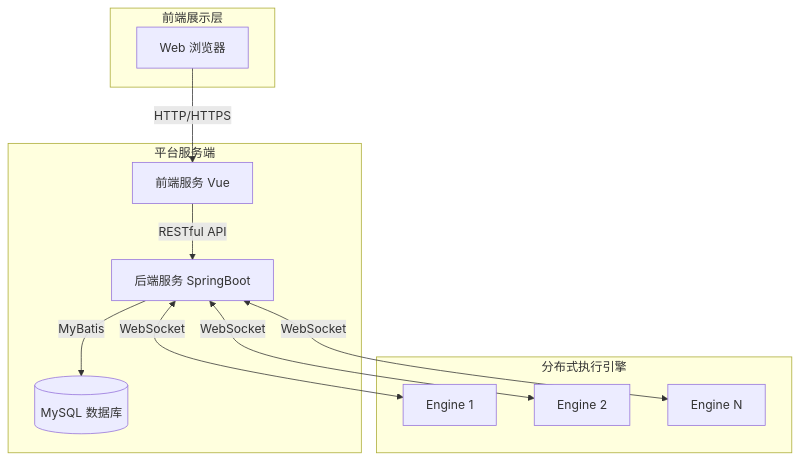
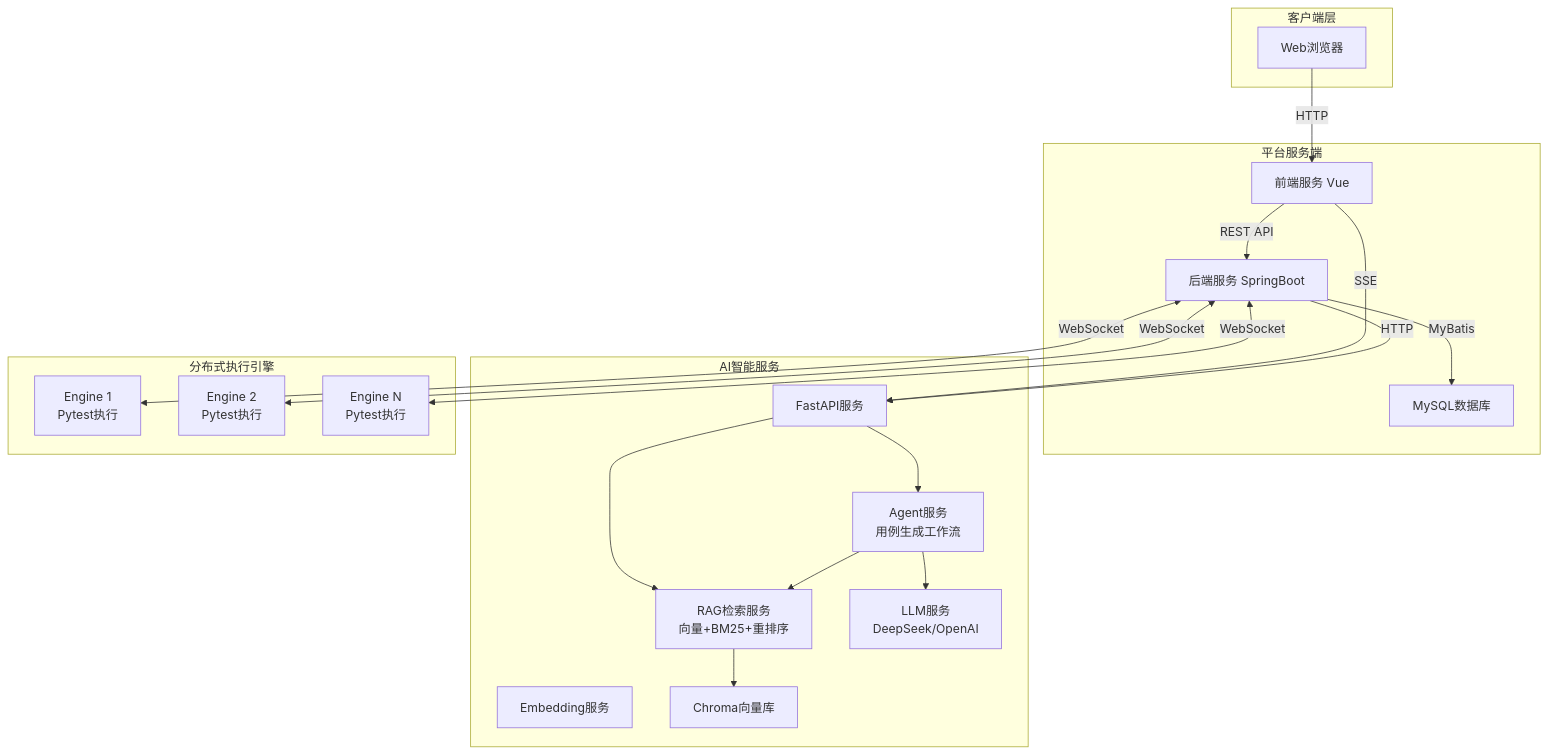
The second of 8 diagrams in README.md (qdbin/TestPlatform), drawn with Mermaid before and after one commit. The commit also changed other lines of this file and 74 other files, not shown here.

````diff
--- a/README.md
+++ b/README.md
@@ -70,25 +97,41 @@
 ```mermaid
 flowchart TD
-    subgraph 客户端[前端展示层]
-        A[Web 浏览器]
+    subgraph 客户端["客户端层"]
+        BROWSER["Web浏览器"]
     end
 
-    subgraph 平台端[平台服务端]
-        B[前端服务 Vue]
-        C[后端服务 SpringBoot]
-        D[(MySQL 数据库)]
+    subgraph 平台端["平台服务端"]
+        FE["前端服务 Vue"]
+        BE["后端服务 SpringBoot"]
+        DB["MySQL数据库"]
     end
 
-    subgraph 引擎层[分布式执行引擎]
-        E[Engine 1]
-        F[Engine 2]
-        G[Engine N]
+    subgraph AI服务["AI智能服务"]
+        AI_API["FastAPI服务"]
+        RAG_SVC["RAG检索服务<br/>向量+BM25+重排序"]
+        AGENT_SVC["Agent服务<br/>用例生成工作流"]
+        LLM_SVC["LLM服务<br/>DeepSeek/OpenAI"]
+        EMB["Embedding服务"]
+        VS["Chroma向量库"]
     end
 
-    A -->|HTTP/HTTPS| B
-    B -->|RESTful API| C
-    C -->|MyBatis| D
-    C <-->|WebSocket| E
-    C <-->|WebSocket| F
-    C <-->|WebSocket| G
+    subgraph 引擎端["分布式执行引擎"]
+        E1["Engine 1<br/>Pytest执行"]
+        E2["Engine 2<br/>Pytest执行"]
+        E3["Engine N<br/>Pytest执行"]
+    end
+
+    BROWSER -->|HTTP| FE
+    FE -->|REST API| BE
+    BE -->|MyBatis| DB
+    FE -->|SSE| AI_API
+    BE -->|HTTP| AI_API
+    AI_API --> RAG_SVC
+    AI_API --> AGENT_SVC
+    RAG_SVC --> VS
+    AGENT_SVC --> LLM_SVC
+    AGENT_SVC --> RAG_SVC
+    BE <-->|WebSocket| E1
+    BE <-->|WebSocket| E2
+    BE <-->|WebSocket| E3
 ```
````
